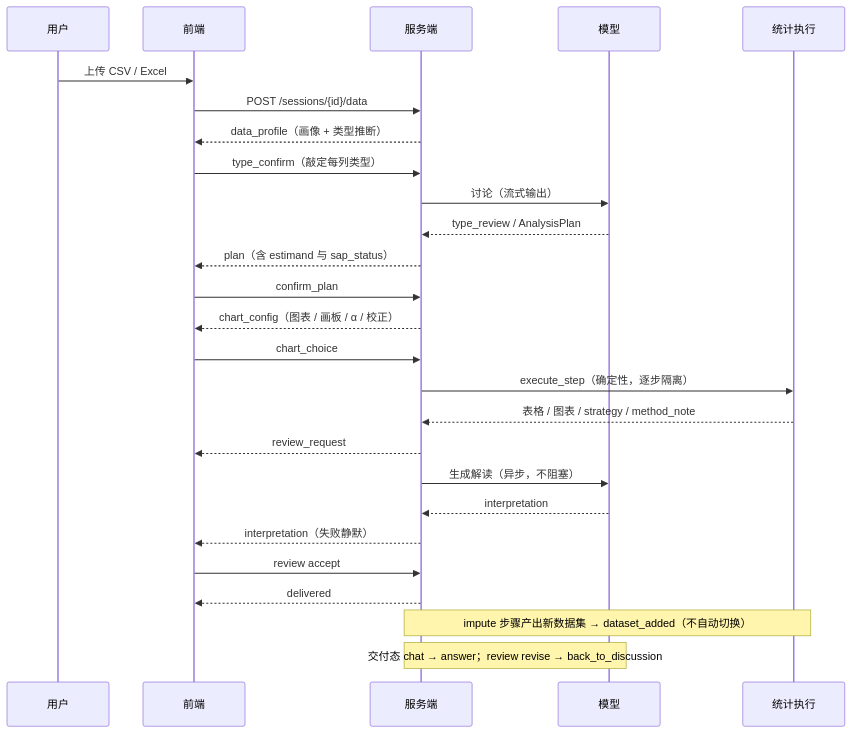
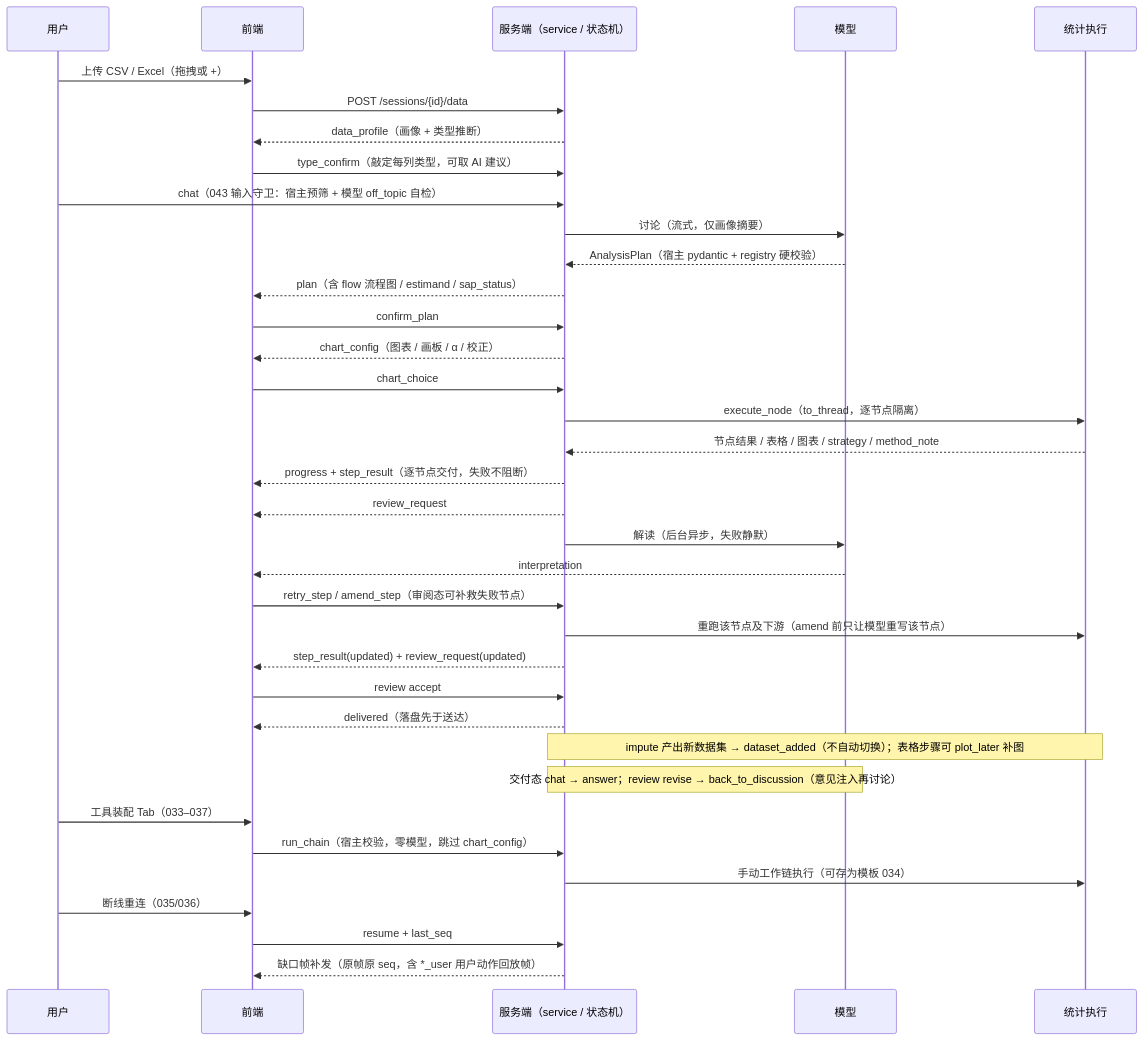
The third of 3 diagrams in docs/architecture.md (dyy1311/MedSta), drawn with Mermaid before and after one commit. The commit also changed other lines of this file and 144 other files, not shown here.

Commit message:
feat: 数据清洗、节点交付与工作台四区出图标注（spec 045–048）

````diff
--- a/docs/architecture.md
+++ b/docs/architecture.md
@@ -115,28 +145,38 @@
 ```mermaid
 sequenceDiagram
     participant U as 用户
     participant F as 前端
-    participant S as 服务端
+    participant S as 服务端（service / 状态机）
     participant M as 模型
     participant X as 统计执行
-    U->>F: 上传 CSV / Excel
+    U->>F: 上传 CSV / Excel（拖拽或 +）
     F->>S: POST /sessions/{id}/data
     S-->>F: data_profile（画像 + 类型推断）
-    F->>S: type_confirm（敲定每列类型）
-    S->>M: 讨论（流式输出）
-    M-->>S: type_review / AnalysisPlan
-    S-->>F: plan（含 estimand 与 sap_status）
+    F->>S: type_confirm（敲定每列类型，可取 AI 建议）
+    U->>S: chat（043 输入守卫：宿主预筛 + 模型 off_topic 自检）
+    S->>M: 讨论（流式，仅画像摘要）
+    M-->>S: AnalysisPlan（宿主 pydantic + registry 硬校验）
+    S-->>F: plan（含 flow 流程图 / estimand / sap_status）
     F->>S: confirm_plan
     S-->>F: chart_config（图表 / 画板 / α / 校正）
     F->>S: chart_choice
-    S->>X: execute_step（确定性，逐步隔离）
-    X-->>S: 表格 / 图表 / strategy / method_note
+    S->>X: execute_node（to_thread，逐节点隔离）
+    X-->>S: 节点结果 / 表格 / 图表 / strategy / method_note
+    S-->>F: progress + step_result（逐节点交付，失败不阻断）
     S-->>F: review_request
-    S->>M: 生成解读（异步，不阻塞）
-    M-->>S: interpretation
-    S-->>F: interpretation（失败静默）
+    S->>M: 解读（后台异步，失败静默）
+    M-->>F: interpretation
+    F->>S: retry_step / amend_step（审阅态可补救失败节点）
+    S->>X: 重跑该节点及下游（amend 前只让模型重写该节点）
+    S-->>F: step_result(updated) + review_request(updated)
     F->>S: review accept
-    S-->>F: delivered
-    Note over S,X: impute 步骤产出新数据集 → dataset_added（不自动切换）
-    Note over S,M: 交付态 chat → answer；review revise → back_to_discussion
+    S-->>F: delivered（落盘先于送达）
+    Note over S,X: impute 产出新数据集 → dataset_added（不自动切换）；表格步骤可 plot_later 补图
+    Note over S,M: 交付态 chat → answer；review revise → back_to_discussion（意见注入再讨论）
+    U->>F: 工具装配 Tab（033–037）
+    F->>S: run_chain（宿主校验，零模型，跳过 chart_config）
+    S->>X: 手动工作链执行（可存为模板 034）
+    U->>F: 断线重连（035/036）
+    F->>S: resume + last_seq
+    S-->>F: 缺口帧补发（原帧原 seq，含 *_user 用户动作回放帧）
 ```
````
